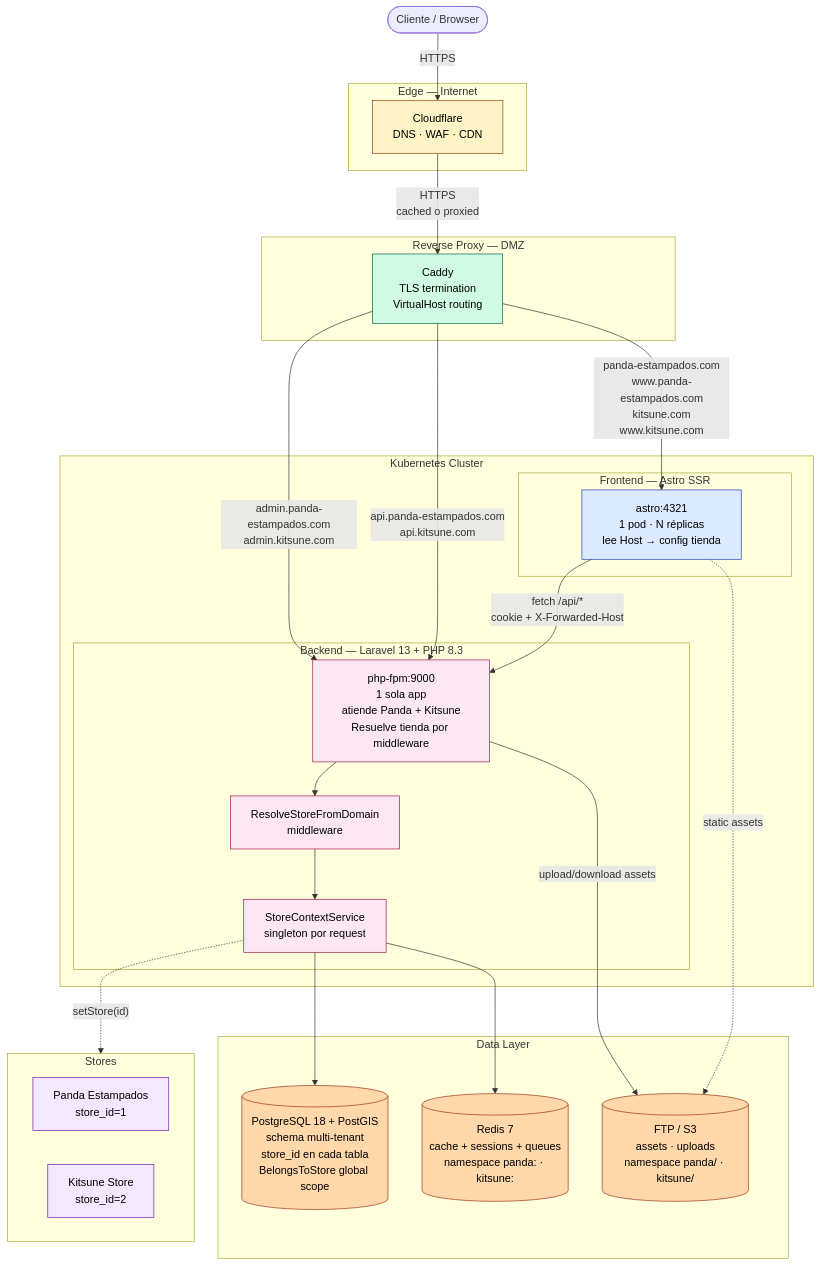
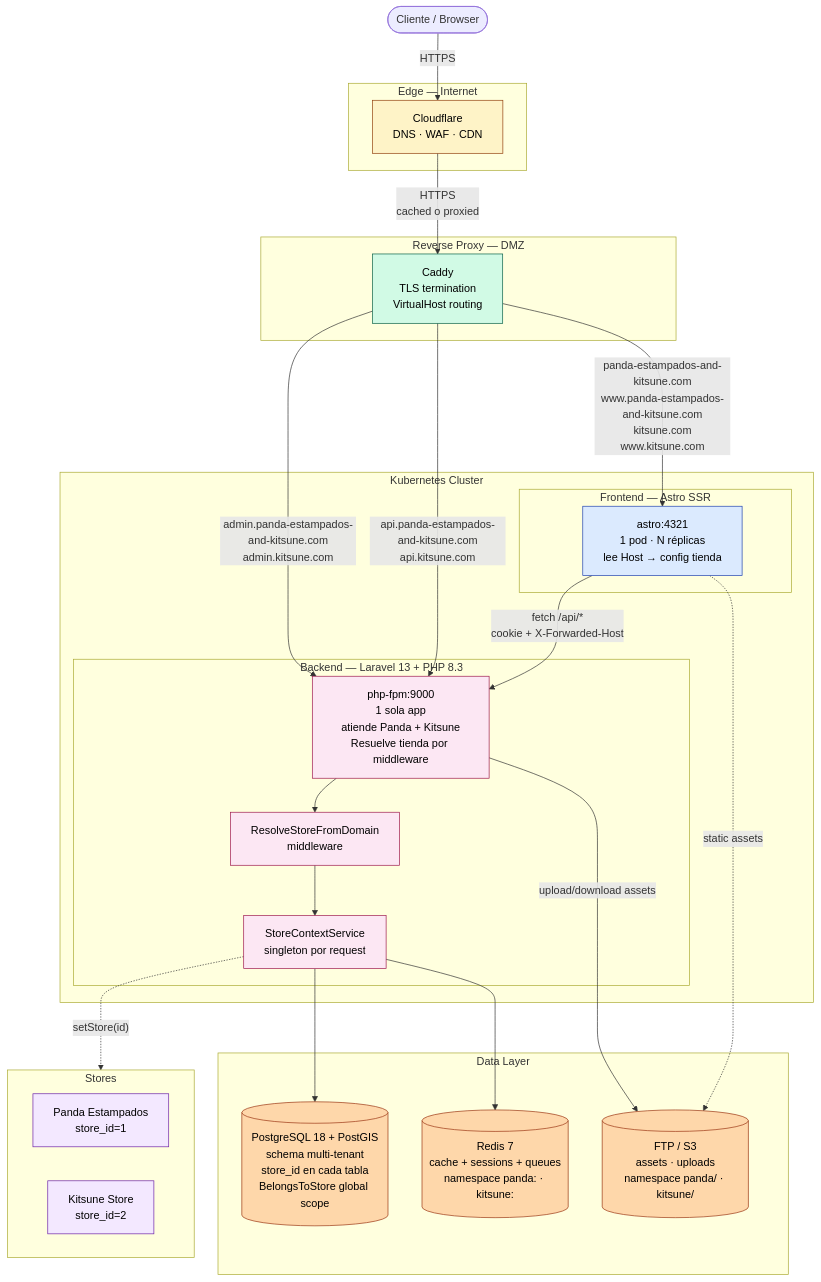
The first of 4 diagrams in docs/architecture/flow.md (D4nitrix13/AtlasCommerce), drawn with Mermaid before and after one commit. The commit also changed other lines of this file and 49 other files, not shown here.

````diff
--- a/docs/architecture/flow.md
+++ b/docs/architecture/flow.md
@@ -15,60 +15,60 @@
 ```mermaid
 flowchart TB
     classDef edge fill:#fef3c7,stroke:#92400e,color:#000
     classDef proxy fill:#d1fae5,stroke:#065f46,color:#000
     classDef fe fill:#dbeafe,stroke:#1e40af,color:#000
     classDef be fill:#fce7f3,stroke:#9d174d,color:#000
     classDef store fill:#f3e8ff,stroke:#6b21a8,color:#000
     classDef data fill:#fed7aa,stroke:#9a3412,color:#000
 
     User([Cliente / Browser])
 
     subgraph Edge["Edge — Internet"]
         CF[Cloudflare<br/>DNS · WAF · CDN]:::edge
     end
 
     subgraph CaddyLayer["Reverse Proxy — DMZ"]
         Caddy["Caddy<br/>TLS termination<br/>VirtualHost routing"]:::proxy
     end
 
     subgraph K8s["Kubernetes Cluster"]
         subgraph FE["Frontend — Astro SSR"]
             Astro["astro:4321<br/>1 pod · N réplicas<br/>lee Host → config tienda"]:::fe
         end
         subgraph BE["Backend — Laravel 13 + PHP 8.3"]
             PHP["php-fpm:9000<br/>1 sola app<br/>atiende Panda + Kitsune<br/>Resuelve tienda por middleware"]:::be
             MW["ResolveStoreFromDomain<br/>middleware"]:::be
             SC["StoreContextService<br/>singleton por request"]:::be
         end
     end
 
     subgraph DataLayer["Data Layer"]
         PG[("PostgreSQL 18 + PostGIS<br/>schema multi-tenant<br/>store_id en cada tabla<br/>BelongsToStore global scope")]:::data
         RD[("Redis 7<br/>cache + sessions + queues<br/>namespace panda: · kitsune:")]:::data
         FTP[("FTP / S3<br/>assets · uploads<br/>namespace panda/ · kitsune/")]:::data
     end
 
     User -->|HTTPS| CF
     CF -->|HTTPS<br/>cached o proxied| Caddy
 
-    Caddy -->|"panda-estampados.com<br/>www.panda-estampados.com<br/>kitsune.com<br/>www.kitsune.com"| Astro
-    Caddy -->|"admin.panda-estampados.com<br/>admin.kitsune.com"| PHP
-    Caddy -->|"api.panda-estampados.com<br/>api.kitsune.com"| PHP
+    Caddy -->|"panda-estampados-and-kitsune.com<br/>www.panda-estampados-and-kitsune.com<br/>kitsune.com<br/>www.kitsune.com"| Astro
+    Caddy -->|"admin.panda-estampados-and-kitsune.com<br/>admin.kitsune.com"| PHP
+    Caddy -->|"api.panda-estampados-and-kitsune.com<br/>api.kitsune.com"| PHP
 
     Astro -->|"fetch /api/*<br/>cookie + X-Forwarded-Host"| PHP
 
     PHP --> MW
     MW --> SC
     SC --> PG
     SC --> RD
     PHP -->|"upload/download assets"| FTP
 
     Astro -.->|"static assets"| FTP
 
     subgraph Stores
         S1["Panda Estampados<br/>store_id=1"]:::store
         S2["Kitsune Store<br/>store_id=2"]:::store
     end
 
     SC -.->|"setStore(id)"| Stores
 ```
````
